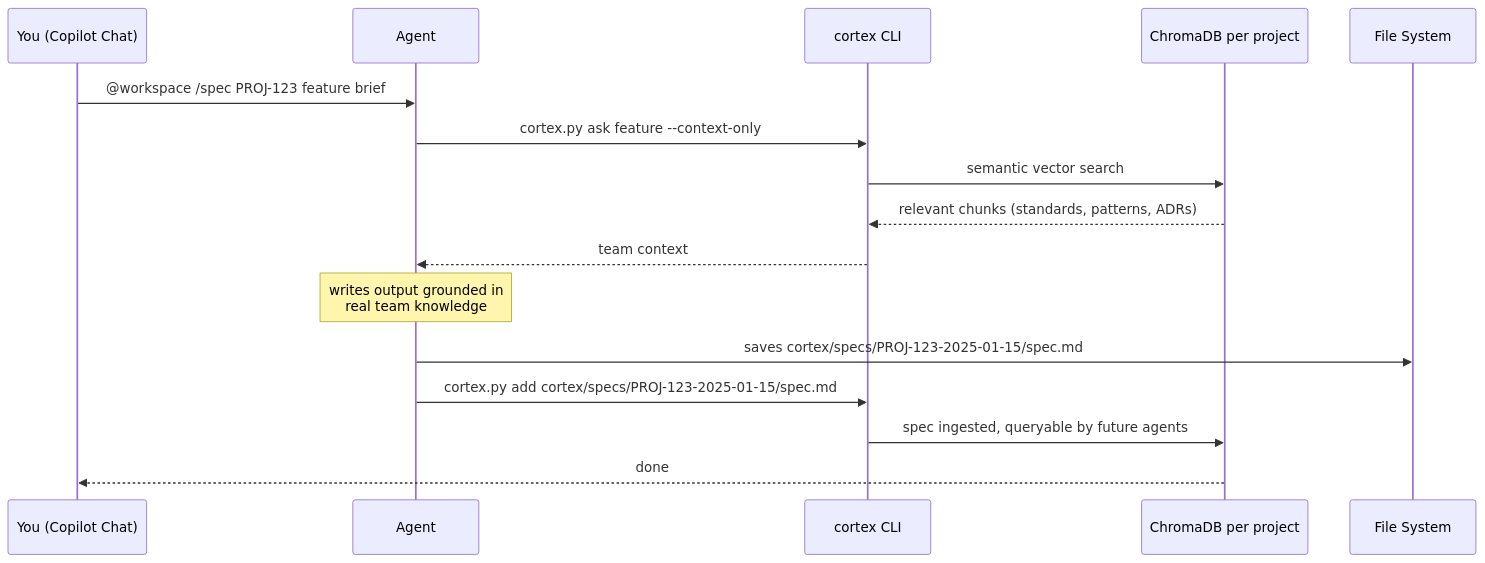
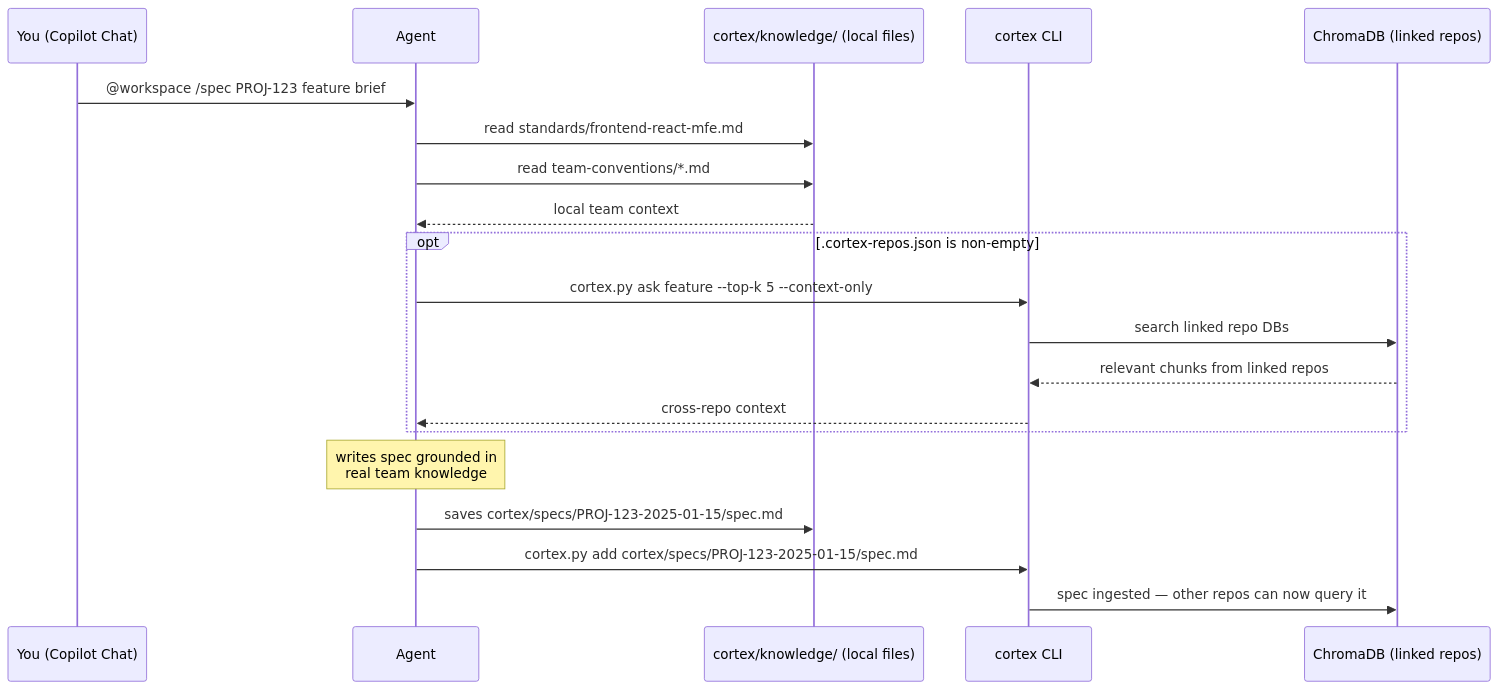
Before and after one commit to dsmoothdaboogie/cortex: the first of 2 diagrams in README.md, drawn with Mermaid. The commit also changed other lines of this file and 9 other files, not shown here.

Commit message:
Check local files for current repo, query only for linked

````diff
--- a/README.md
+++ b/README.md
@@ -18,19 +24,26 @@
 ```mermaid
 sequenceDiagram
     participant You as You (Copilot Chat)
     participant Agent as Agent
+    participant FS as cortex/knowledge/ (local files)
     participant CLI as cortex CLI
-    participant DB as ChromaDB per project
-    participant FS as File System
+    participant DB as ChromaDB (linked repos)
 
     You->>Agent: @workspace /spec PROJ-123 feature brief
-    Agent->>CLI: cortex.py ask feature --context-only
-    CLI->>DB: semantic vector search
-    DB-->>CLI: relevant chunks (standards, patterns, ADRs)
-    CLI-->>Agent: team context
-    Note over Agent: writes output grounded in<br/>real team knowledge
+
+    Agent->>FS: read standards/frontend-react-mfe.md
+    Agent->>FS: read team-conventions/*.md
+    FS-->>Agent: local team context
+
+    opt .cortex-repos.json is non-empty
+        Agent->>CLI: cortex.py ask feature --top-k 5 --context-only
+        CLI->>DB: search linked repo DBs
+        DB-->>CLI: relevant chunks from linked repos
+        CLI-->>Agent: cross-repo context
+    end
+
+    Note over Agent: writes spec grounded in<br/>real team knowledge
     Agent->>FS: saves cortex/specs/PROJ-123-2025-01-15/spec.md
     Agent->>CLI: cortex.py add cortex/specs/PROJ-123-2025-01-15/spec.md
-    CLI->>DB: spec ingested, queryable by future agents
-    DB-->>You: done
+    CLI->>DB: spec ingested — other repos can now query it
 ```
````
